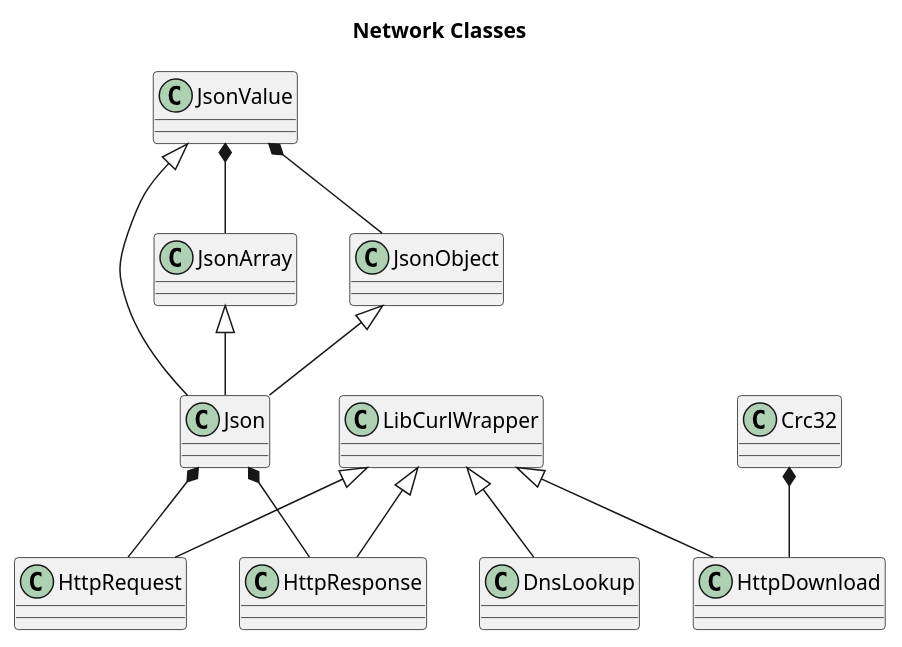
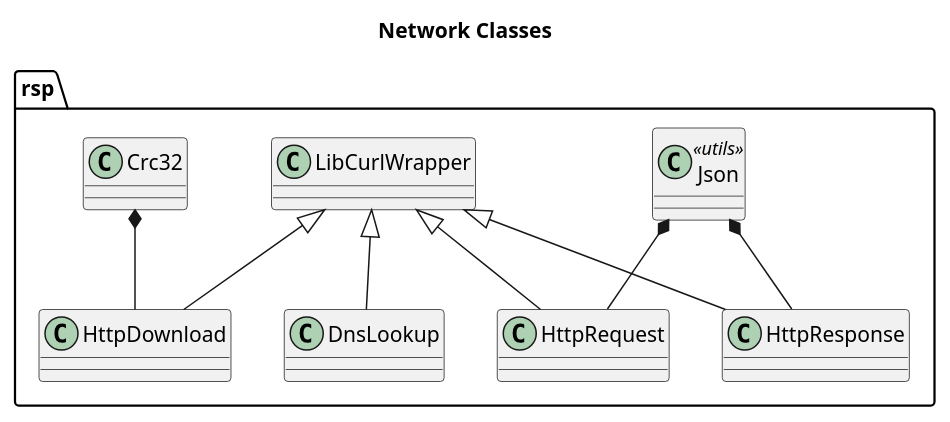
One commit to rsps/rsp-core-library changed the diagram in docs/uml/Network Classes.puml. Above: the diagram before and after it, drawn with PlantUML. The commit also changed 5 other files, not shown here.

First line of the commit message:
Updated architecture

```diff
--- a/docs/uml/Network Classes.puml
+++ b/docs/uml/Network Classes.puml
@@ -1,54 +1,43 @@
 @startuml
 
 skinparam stereotypeCBackgroundColor<<Exception>> Red
 'hide stereotype
 
 title Network Classes
+
+namespace rsp {
 
 class LibCurlWrapper {
 }
 
 class HttpRequest {
 }
 
 class HttpResponse {
 }
 
 class HttpDownload {
 }
 
 class DnsLookup {
 }
 
-class JsonValue {
-}
-
-class JsonArray {
-}
-
-class JsonObject {
-}
-
-class Json {
+class Json <<utils>> {
 }
 
 class Crc32 {
 }
 
 LibCurlWrapper <|-- HttpRequest
 LibCurlWrapper <|-- HttpResponse
 LibCurlWrapper <|-- HttpDownload
 LibCurlWrapper <|-- DnsLookup
 
 Crc32 *-- HttpDownload
 
-JsonValue *-- JsonArray
-JsonValue *-- JsonObject
-JsonObject <|-- Json
-JsonArray <|-- Json
-JsonValue <|-- Json
-
 Json *-- HttpRequest
 Json *-- HttpResponse
 
+}
+
 @enduml
```
